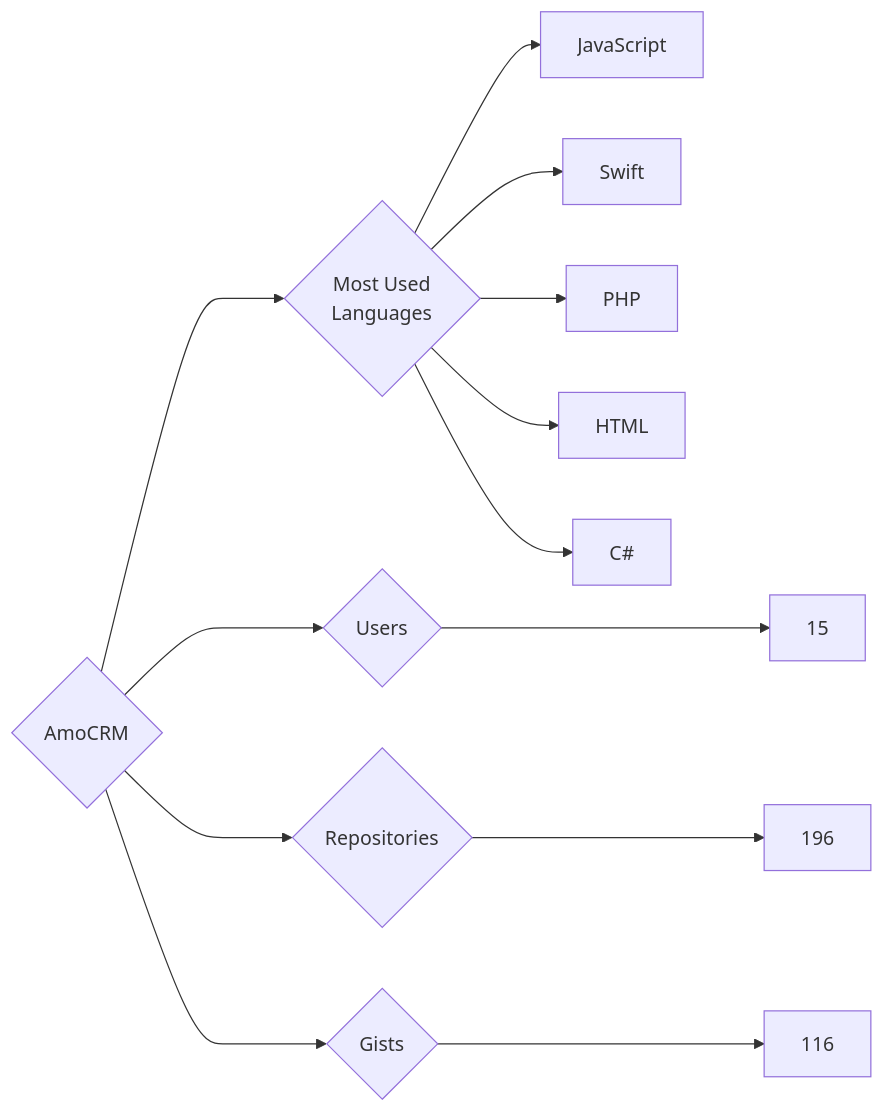
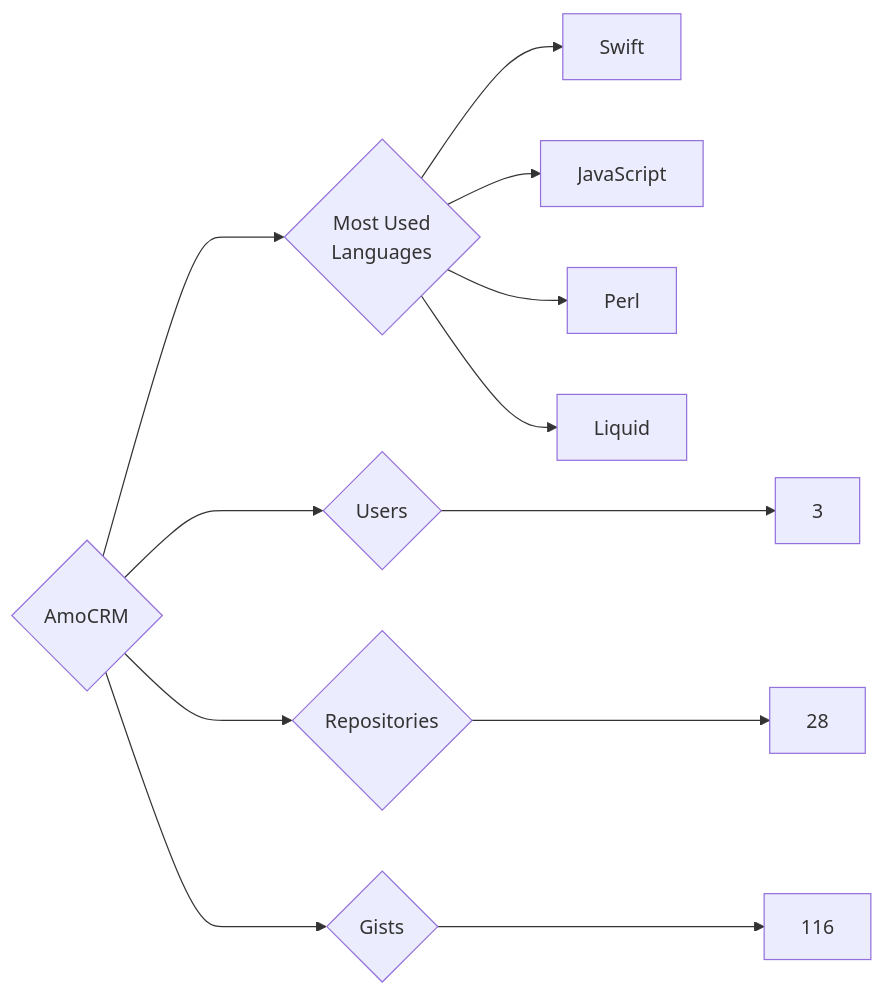
One commit to trickest/insiders changed the diagram in targets/AmoCRM/README.md. Above: the diagram before and after it, drawn with Mermaid. The commit also changed 721 other files, not shown here.

````diff
--- a/targets/AmoCRM/README.md
+++ b/targets/AmoCRM/README.md
@@ -3,13 +3,12 @@
 ```mermaid
 graph LR
 COMPANY_NAME{AmoCRM}
-COMPANY_NAME ---> U{Users} ---> UN[15]
-COMPANY_NAME ---> R{Repositories} ---> RN[196]
+COMPANY_NAME ---> U{Users} ---> UN[3]
+COMPANY_NAME ---> R{Repositories} ---> RN[28]
 COMPANY_NAME ---> G{Gists} ---> GN[116]
 COMPANY_NAME ---> ML{Most Used<br>Languages}
+ML --> Swift[Swift]
 ML --> JavaScript[JavaScript]
-ML --> Swift[Swift]
-ML --> PHP[PHP]
-ML --> HTML[HTML]
-ML --> C#[C#]
+ML --> Perl[Perl]
+ML --> Liquid[Liquid]
 ```
````
